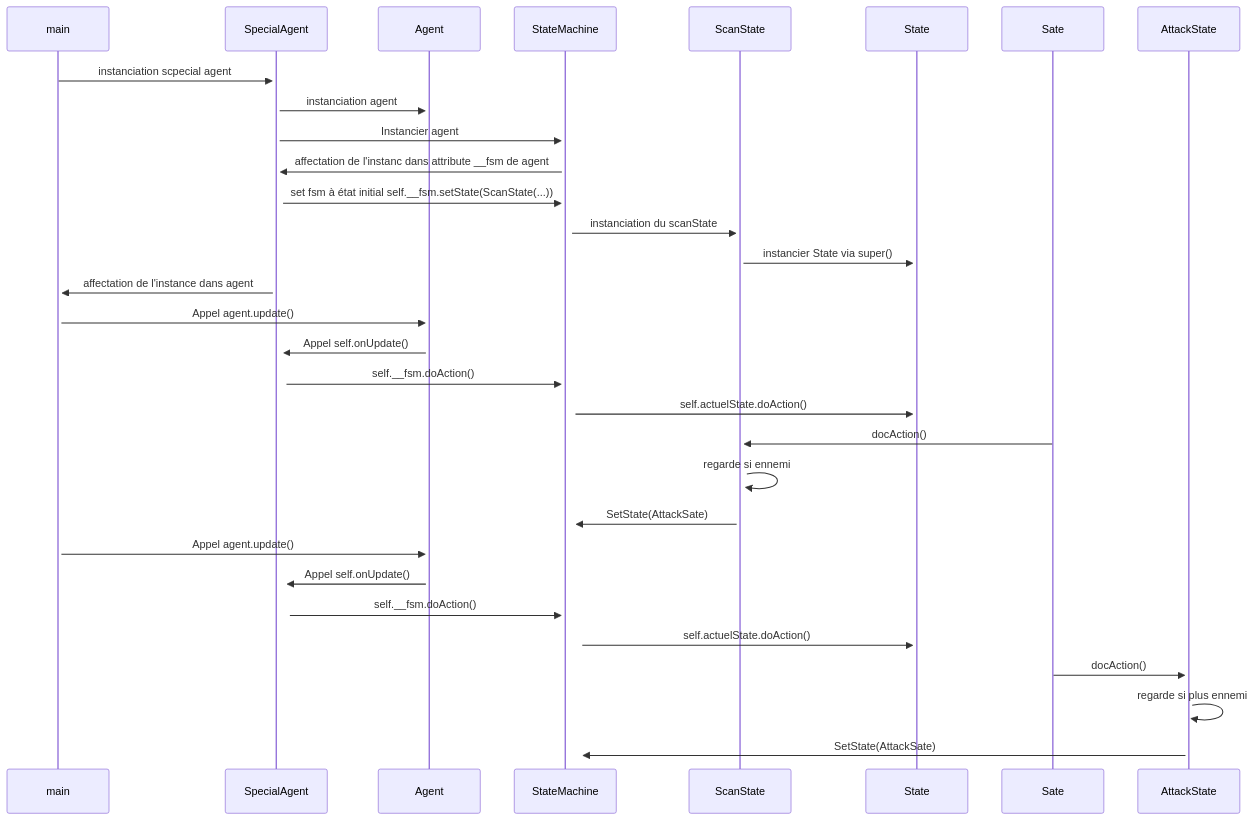
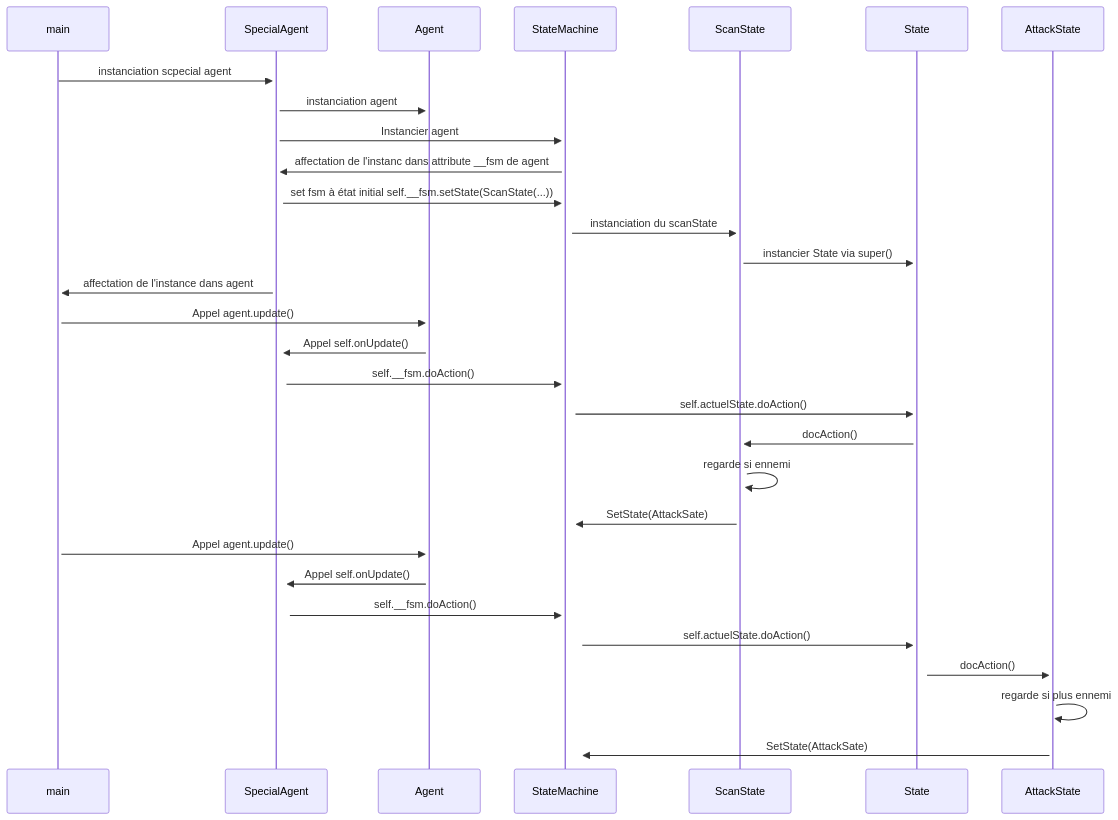
The second of 2 diagrams in README.md (Hug-prog/py), drawn with Mermaid before and after one commit.

````diff
--- a/README.md
+++ b/README.md
@@ -34,29 +34,29 @@
 ```mermaid
 sequenceDiagram
    main ->>+ SpecialAgent:instanciation scpecial agent
    SpecialAgent ->>+ Agent:instanciation agent
     SpecialAgent->>+StateMachine: Instancier agent
     StateMachine ->>+ SpecialAgent:affectation de l'instanc dans attribute __fsm de agent
     SpecialAgent ->>+ StateMachine: set fsm à état initial self.__fsm.setState(ScanState(...))
     StateMachine ->>+ ScanState:instanciation du scanState
     ScanState ->>+ State:instancier State via super()
     SpecialAgent ->>+ main:affectation de l'instance dans agent
 
     main->>+ Agent: Appel agent.update()
     Agent ->>+SpecialAgent:Appel self.onUpdate()
     SpecialAgent ->>+StateMachine:self.__fsm.doAction()
     StateMachine ->>+ State:self.actuelState.doAction()
-    Sate->>+ ScanState:docAction()
+    State->>+ ScanState:docAction()
     ScanState->>+ ScanState :regarde si ennemi
      ScanState->>+ StateMachine:SetState(AttackSate)
 
     main->>+ Agent: Appel agent.update()
     Agent ->>+SpecialAgent:Appel self.onUpdate()
     SpecialAgent ->>+StateMachine:self.__fsm.doAction()
     StateMachine ->>+ State:self.actuelState.doAction()
-    Sate->>+ AttackState:docAction()
+    State->>+ AttackState:docAction()
     AttackState->>+ AttackState :regarde si  plus ennemi
      AttackState->>+ StateMachine:SetState(AttackSate)
 
 
 ```
````
